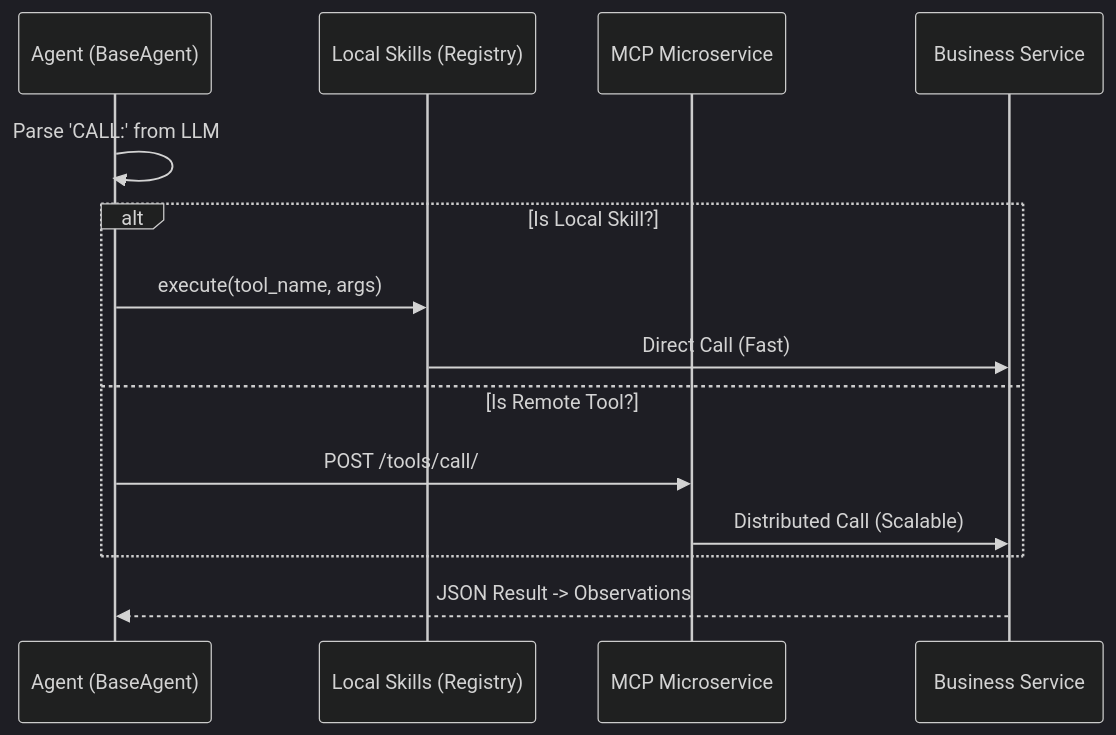
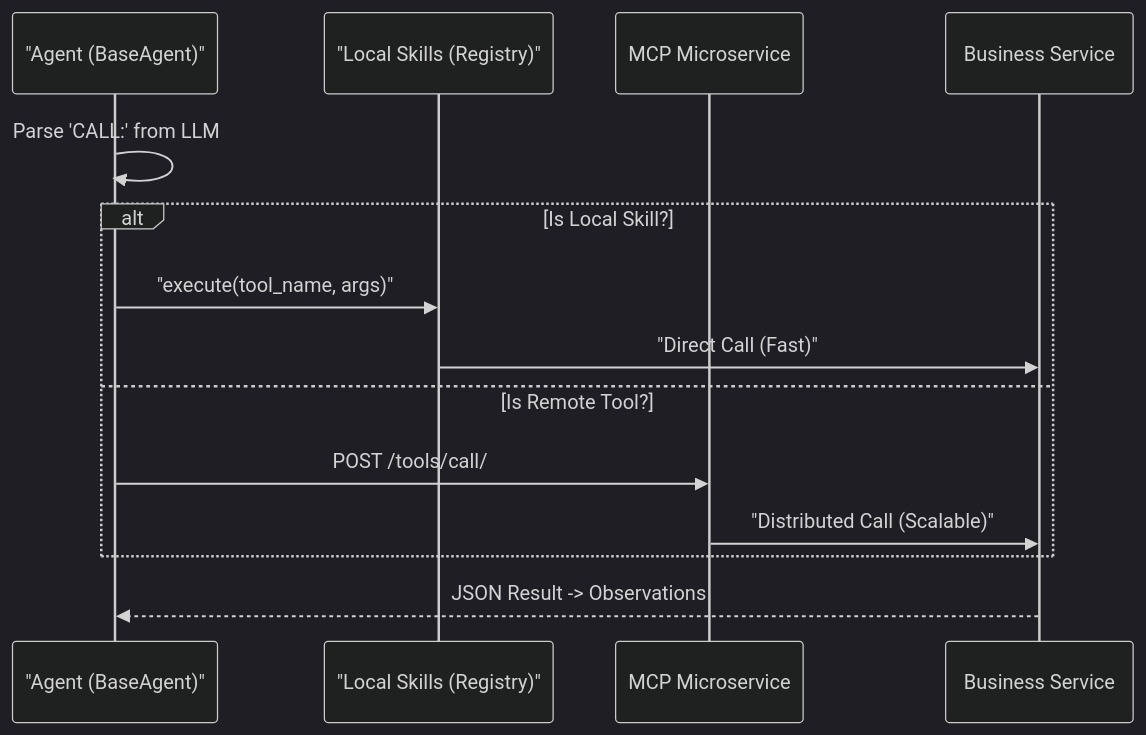
The diagram in wiki/04_架構觀點-Architect_Views/底層通信協議-Agent-Mesh-Protocols.md (neohsiung/AI-Investment-Advisor), drawn with Mermaid (dark theme) before and after one commit. The commit also changed 15 other files, not shown here.

First line of the commit message:
docs(wiki): optimize structure, standardize flat-links, and fix mermaid syntax

````diff
--- a/wiki/04_架構觀點-Architect_Views/底層通信協議-Agent-Mesh-Protocols.md
+++ b/wiki/04_架構觀點-Architect_Views/底層通信協議-Agent-Mesh-Protocols.md
@@ -75,17 +75,17 @@
 ```mermaid
 sequenceDiagram
-    participant Agent as Agent (BaseAgent)
-    participant Local as Local Skills (Registry)
+    participant Agent as "Agent (BaseAgent)"
+    participant Local as "Local Skills (Registry)"
     participant Remote as MCP Microservice
     participant Logic as Business Service
 
     Agent->>Agent: Parse 'CALL:' from LLM
     alt Is Local Skill?
-        Agent->>Local: execute(tool_name, args)
-        Local->>Logic: Direct Call (Fast)
+        Agent->>Local:"execute(tool_name, args)"
+        Local->>Logic:"Direct Call (Fast)"
     else Is Remote Tool?
         Agent->>Remote: POST /tools/call/
-        Remote->>Logic: Distributed Call (Scalable)
+        Remote->>Logic:"Distributed Call (Scalable)"
     end
     Logic-->>Agent: JSON Result -> Observations
 ```
````
